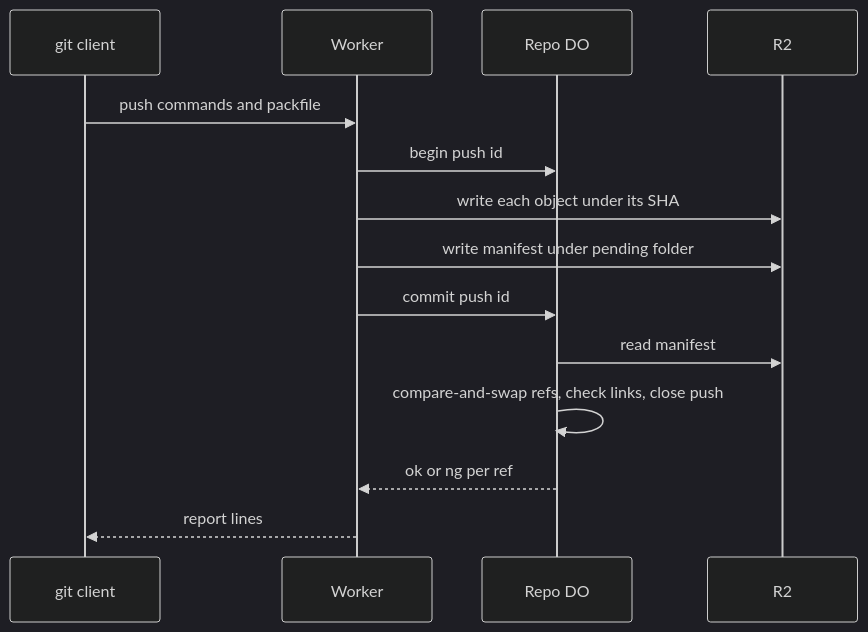
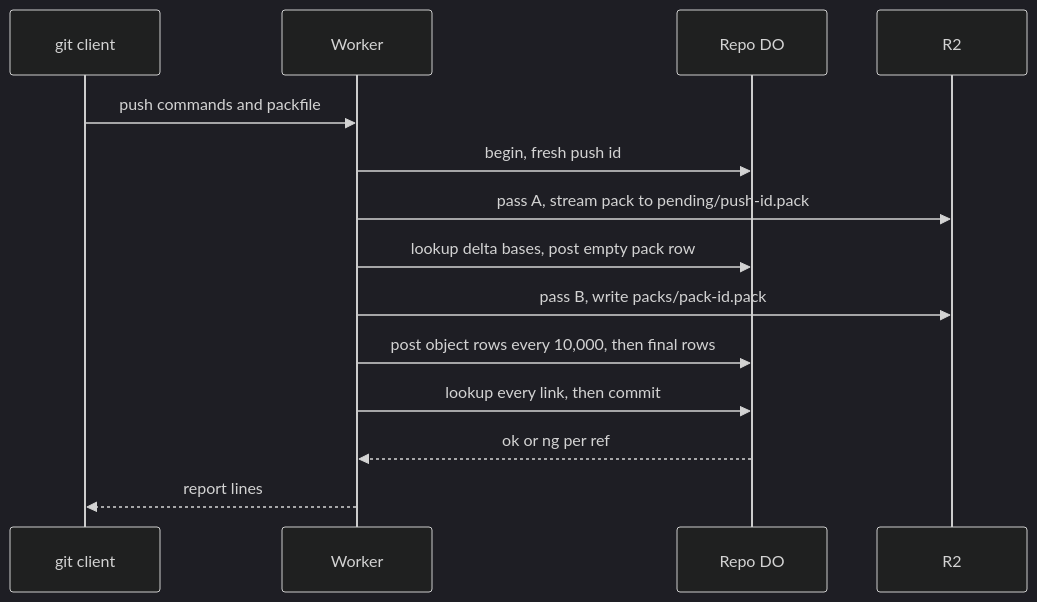
One commit to idl3/git-edge changed the diagram in plain/two-phase-push.md. Above: the diagram before and after it, drawn with Mermaid (dark theme). The commit also changed other lines of this file and 47 other files, not shown here.

````diff
--- a/plain/two-phase-push.md
+++ b/plain/two-phase-push.md
@@ -35,16 +37,16 @@
 ```mermaid
 sequenceDiagram
     participant Client as git client
     participant Worker
     participant DO as Repo DO
     participant R2
     Client->>Worker: push commands and packfile
-    Worker->>DO: begin push id
-    Worker->>R2: write each object under its SHA
-    Worker->>R2: write manifest under pending folder
-    Worker->>DO: commit push id
-    DO->>R2: read manifest
-    DO->>DO: compare-and-swap refs, check links, close push
+    Worker->>DO: begin, fresh push id
+    Worker->>R2: pass A, stream pack to pending/push-id.pack
+    Worker->>DO: lookup delta bases, post empty pack row
+    Worker->>R2: pass B, write packs/pack-id.pack
+    Worker->>DO: post object rows every 10,000, then final rows
+    Worker->>DO: lookup every link, then commit
     DO-->>Worker: ok or ng per ref
     Worker-->>Client: report lines
 ```
````
